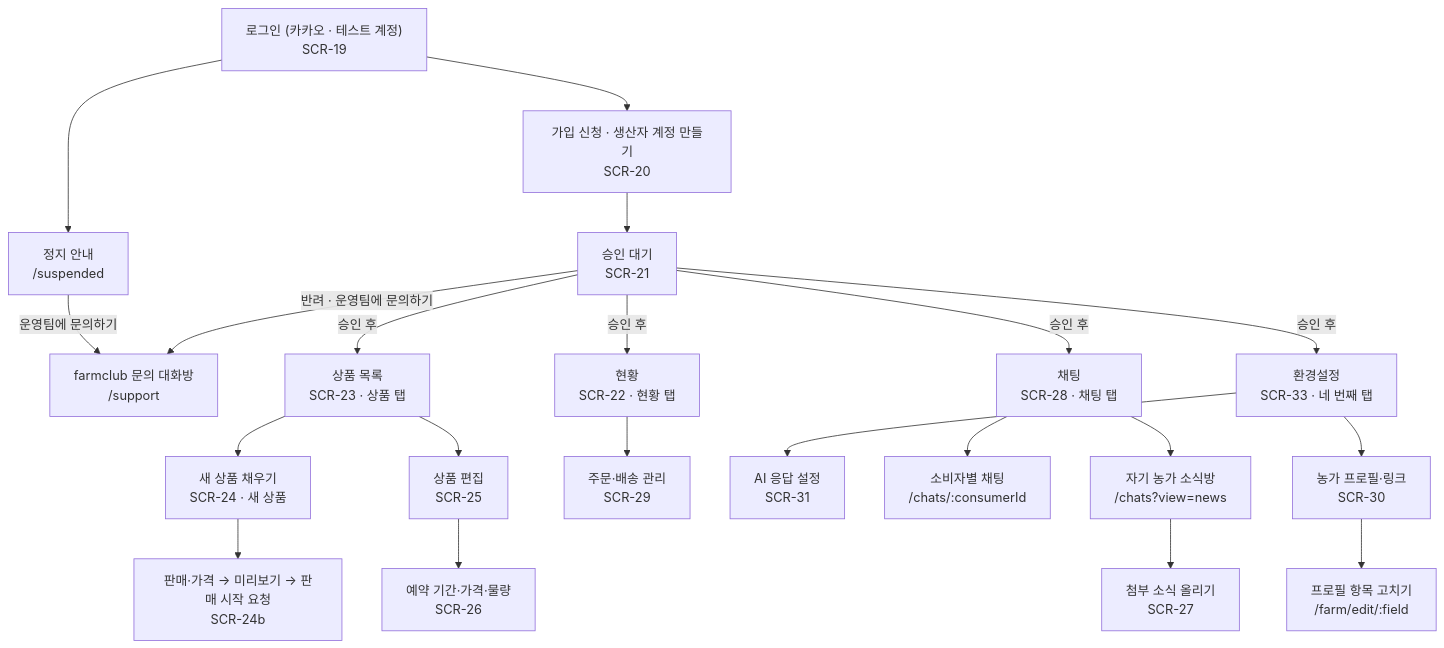
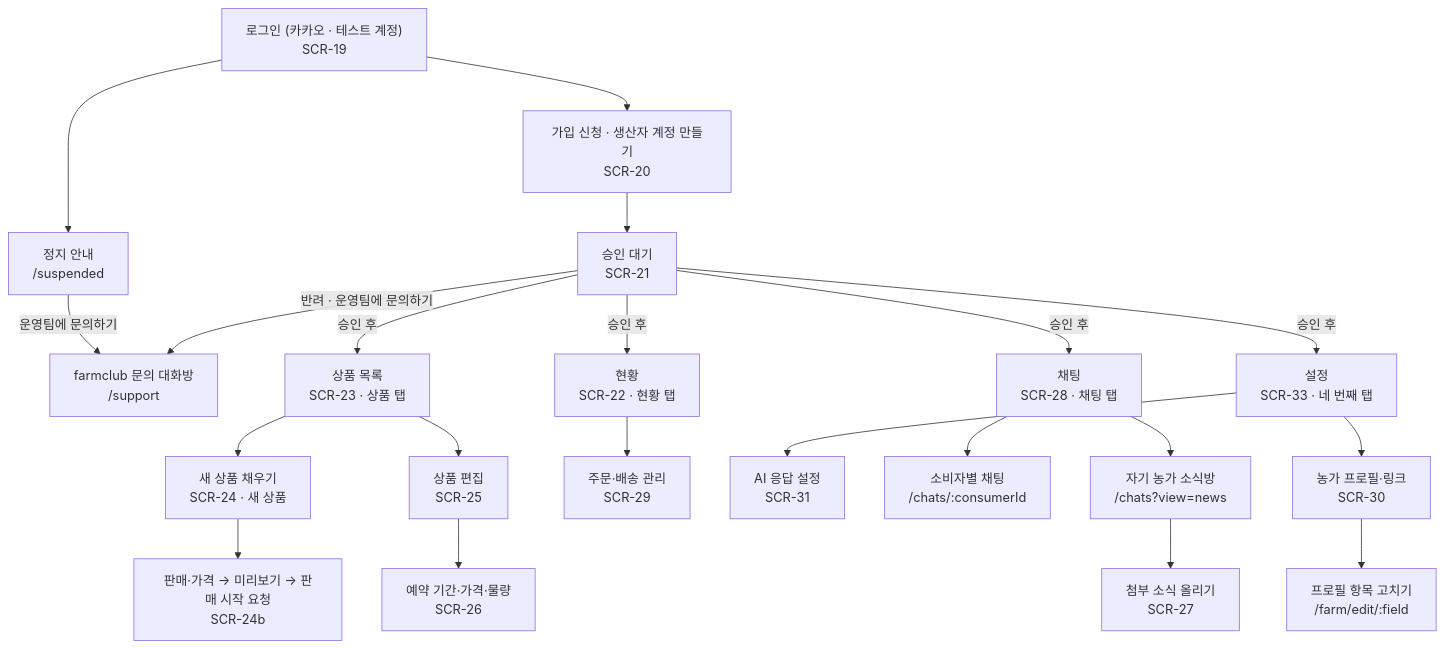
Before and after one commit to snuhcs-course/swpp-2026-project-team-06: the second of 4 diagrams in docs/spec/ia.md, drawn with Mermaid. The commit also changed other lines of this file and 11 other files, not shown here.

````diff
--- a/docs/spec/ia.md
+++ b/docs/spec/ia.md
@@ -60,20 +60,20 @@
 ```mermaid
 flowchart TD
   login["로그인 (카카오 · 테스트 계정)<br/>SCR-19"] --> apply["가입 신청 · 생산자 계정 만들기<br/>SCR-20"] --> pending["승인 대기<br/>SCR-21"]
   login --> suspended["정지 안내<br/>/suspended"]
   suspended -- 운영팀에 문의하기 --> support["farmclub 문의 대화방<br/>/support"]
   pending -- 반려 · 운영팀에 문의하기 --> support
   pending -- 승인 후 --> home["현황<br/>SCR-22 · 현황 탭"]
   pending -- 승인 후 --> products["상품 목록<br/>SCR-23 · 상품 탭"]
   pending -- 승인 후 --> questions["채팅<br/>SCR-28 · 채팅 탭"]
-  pending -- 승인 후 --> settings["환경설정<br/>SCR-33 · 네 번째 탭"]
+  pending -- 승인 후 --> settings["설정<br/>SCR-33 · 네 번째 탭"]
   settings --> farmtab["농가 프로필·링크<br/>SCR-30"]
   room --> broadcast["첨부 소식 올리기<br/>SCR-27"]
   home --> ship["주문·배송 관리<br/>SCR-29"]
   questions --> room["자기 농가 소식방<br/>/chats?view=news"]
   settings --> ai["AI 응답 설정<br/>SCR-31"]
   questions --> qchat["소비자별 채팅<br/>/chats/:consumerId"]
   farmtab --> fedit["프로필 항목 고치기<br/>/farm/edit/:field"]
   products --> draft["새 상품 채우기<br/>SCR-24 · 새 상품"] --> sell["판매·가격 → 미리보기 → 판매 시작 요청<br/>SCR-24b"]
   products --> edit["상품 편집<br/>SCR-25"] --> stages["예약 기간·가격·물량<br/>SCR-26"]
 ```
````
